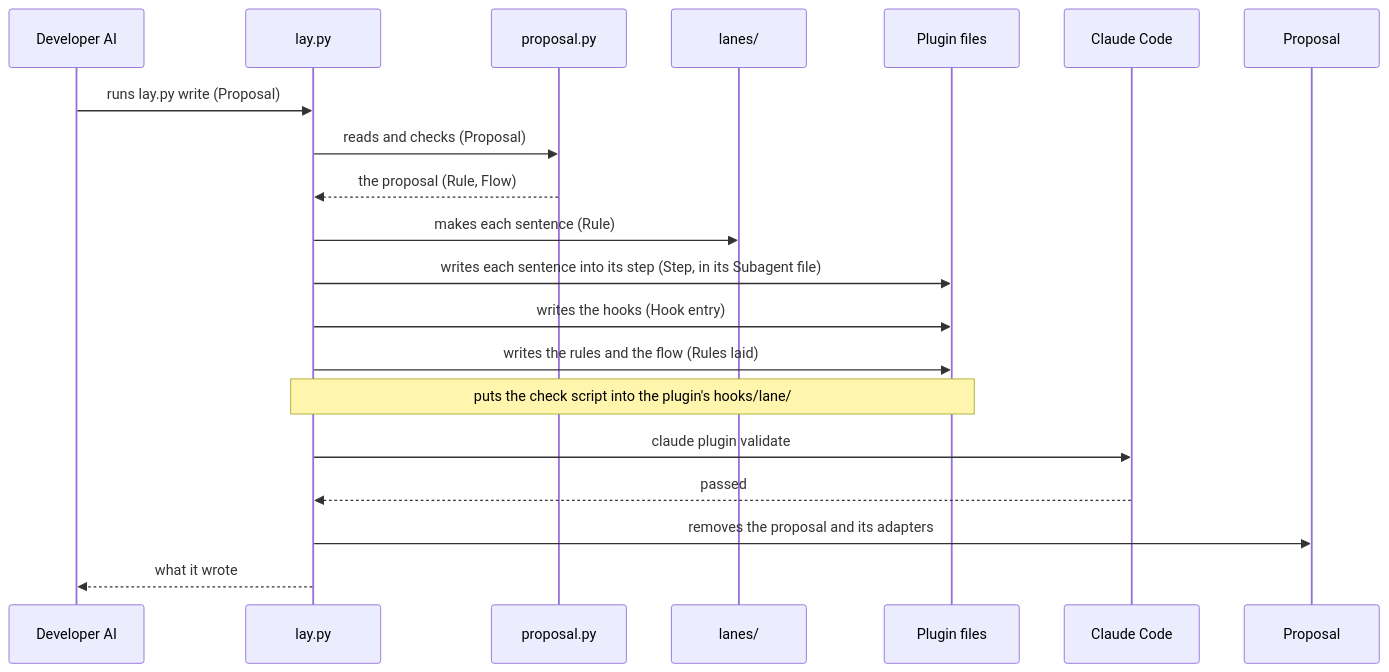
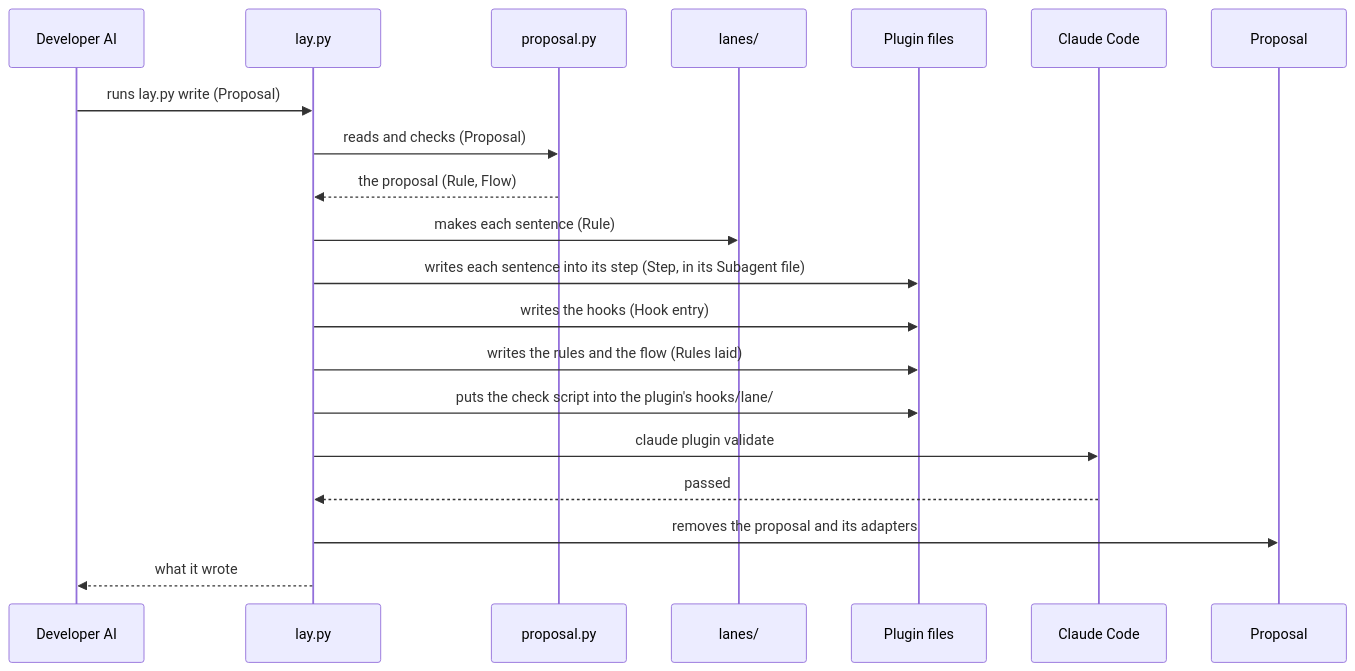
The second of 7 diagrams in dev/lane/architecture.md (lovaizu/ccpm), drawn with Mermaid before and after one commit. The commit also changed other lines of this file and 2 other files, not shown here.

First line of the commit message:
Mend lane's UX, README and architecture on a fresh evaluator's reading

````diff
--- a/dev/lane/architecture.md
+++ b/dev/lane/architecture.md
@@ -238,22 +258,22 @@
 ```mermaid
 sequenceDiagram
   participant DA as Developer AI
   participant L as lay.py
   participant P as proposal.py
   participant LN as lanes/
   participant PF as Plugin files
   participant CC as Claude Code
   participant PR as Proposal
   DA->>L: runs lay.py write (Proposal)
   L->>P: reads and checks (Proposal)
   P-->>L: the proposal (Rule, Flow)
   L->>LN: makes each sentence (Rule)
   L->>PF: writes each sentence into its step (Step, in its Subagent file)
   L->>PF: writes the hooks (Hook entry)
   L->>PF: writes the rules and the flow (Rules laid)
-  Note over L,PF: puts the check script into the plugin's hooks/lane/
+  L->>PF: puts the check script into the plugin's hooks/lane/
   L->>CC: claude plugin validate
   CC-->>L: passed
   L->>PR: removes the proposal and its adapters
   L-->>DA: what it wrote
 ```
````
